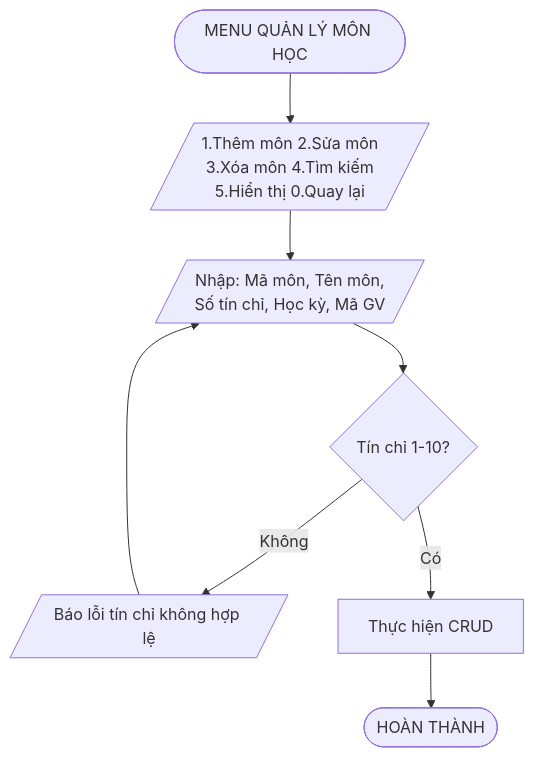
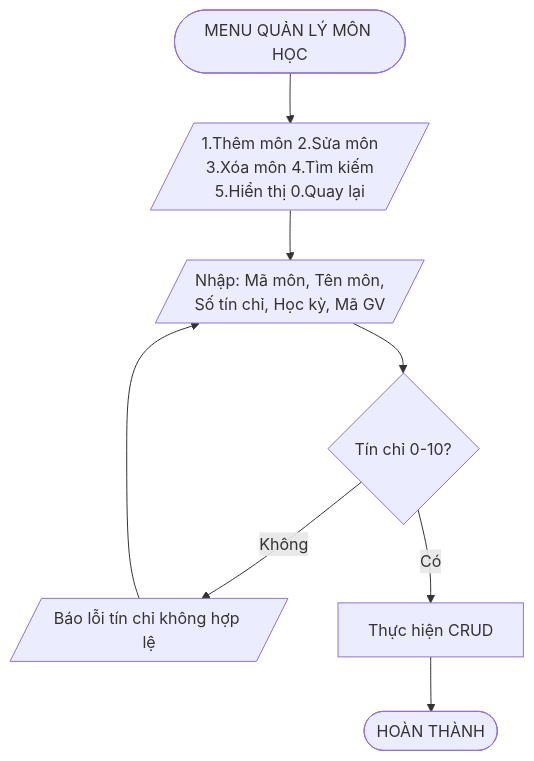
Diagram 12 of 20 in docs/Flowcharts/Flowcharts.md (phucphuc2006/pro-192), drawn with Mermaid before and after one commit. The commit also changed 2 other files, not shown here.

Commit message:
Update credits validation to 0-10 inclusive

````diff
--- a/docs/Flowcharts/Flowcharts.md
+++ b/docs/Flowcharts/Flowcharts.md
@@ -219,10 +219,10 @@
 ```mermaid
 flowchart TD
     A([MENU QUẢN LÝ MÔN HỌC]) --> B[/"1.Thêm môn 2.Sửa môn<br/>3.Xóa môn 4.Tìm kiếm<br/>5.Hiển thị 0.Quay lại"/]
     B --> C[/Nhập: Mã môn, Tên môn,<br/>Số tín chỉ, Học kỳ, Mã GV/]
-    C --> D{Tín chỉ 1-10?}
+    C --> D{Tín chỉ 0-10?}
     D -->|Không| E[/Báo lỗi tín chỉ không hợp lệ/]
     E --> C
     D -->|Có| F[Thực hiện CRUD]
     F --> G([HOÀN THÀNH])
 ```
````
